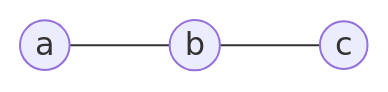
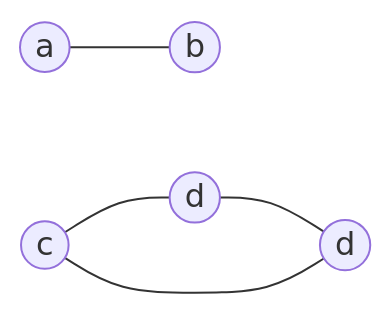
The fourth of 5 diagrams in sem3/A&D/UE/bf/A&D-bf-u08.md (bfeitknecht/vault), drawn with Mermaid before and after one commit. The commit also changed other lines of this file and 5 other files, not shown here.

````diff
--- a/sem3/A&D/UE/bf/A&D-bf-u08.md
+++ b/sem3/A&D/UE/bf/A&D-bf-u08.md
@@ -68,9 +96,14 @@
 ```mermaid
 graph LR
 
 a((a))
 b((b))
 c((c))
+d((d))
+e((d))
 
-a --- b --- c
+a --- b
+
+c --- d --- e --- c
+
 ```
````
